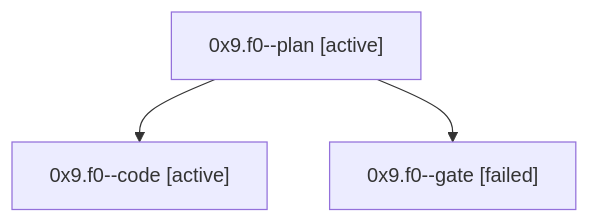
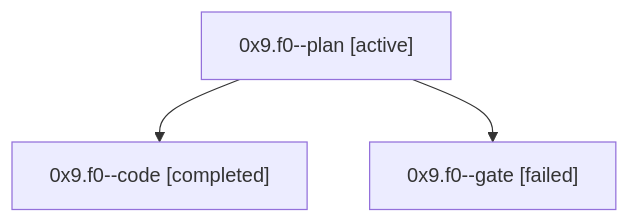
The diagram in sessions/bbugyi200.athena.0x9.f0.md (bobs-org/bob-cli--agents), drawn with Mermaid before and after one commit. The commit also changed other lines of this file and 31 other files, not shown here.

````diff
--- a/sessions/bbugyi200.athena.0x9.f0.md
+++ b/sessions/bbugyi200.athena.0x9.f0.md
@@ -9,8 +9,8 @@
 ```mermaid
 flowchart TD
   n0["0x9.f0--plan [active]"]
-  n1["0x9.f0--code [active]"]
+  n1["0x9.f0--code [completed]"]
   n0 --> n1
   n2["0x9.f0--gate [failed]"]
   n0 --> n2
 ```
````
